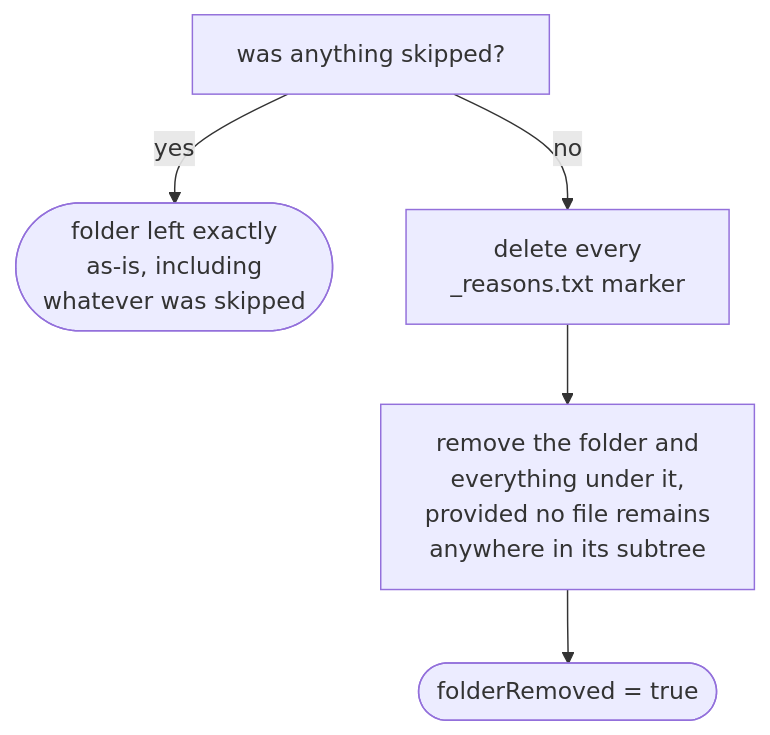
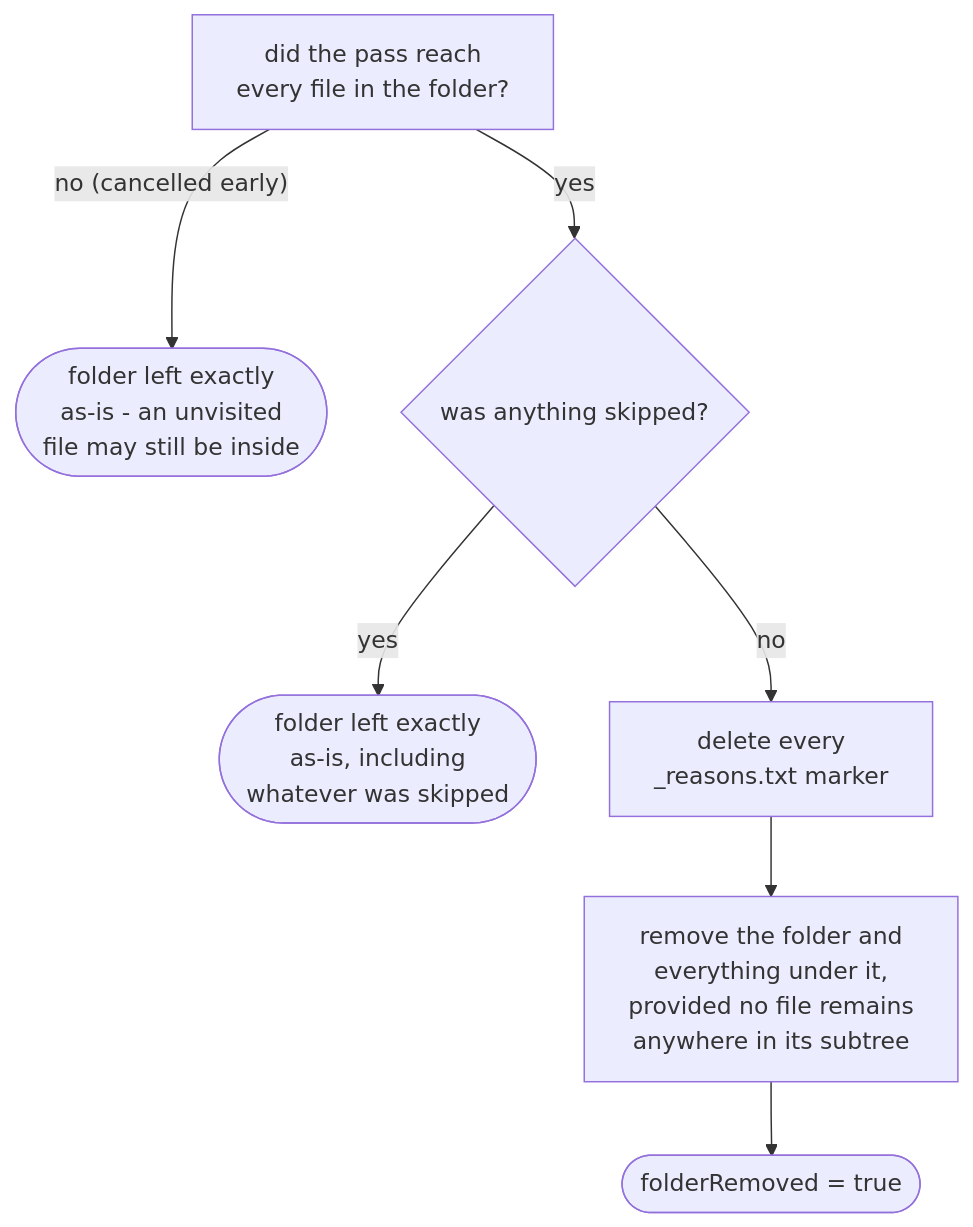
Before and after one commit to AdrianNachev91/sluice: the fourth of 4 diagrams in app/docs/design/application/service/rescue-engine.md, drawn with Mermaid. The commit also changed other lines of this file and 17 other files, not shown here.

````diff
--- a/app/docs/design/application/service/rescue-engine.md
+++ b/app/docs/design/application/service/rescue-engine.md
@@ -65,7 +69,9 @@
 ```mermaid
 flowchart TD
-    A["was anything skipped?"] -- yes --> B(["folder left exactly<br/>as-is, including<br/>whatever was skipped"])
-    A -- no --> C["delete every<br/>_reasons.txt marker"]
-    C --> D["remove the folder and<br/>everything under it,<br/>provided no file remains<br/>anywhere in its subtree"]
-    D --> E(["folderRemoved = true"])
+    A["did the pass reach<br/>every file in the folder?"] -- "no (cancelled early)" --> Z(["folder left exactly<br/>as-is - an unvisited<br/>file may still be inside"])
+    A -- yes --> B{"was anything skipped?"}
+    B -- yes --> C(["folder left exactly<br/>as-is, including<br/>whatever was skipped"])
+    B -- no --> D["delete every<br/>_reasons.txt marker"]
+    D --> E["remove the folder and<br/>everything under it,<br/>provided no file remains<br/>anywhere in its subtree"]
+    E --> F(["folderRemoved = true"])
 ```
````
